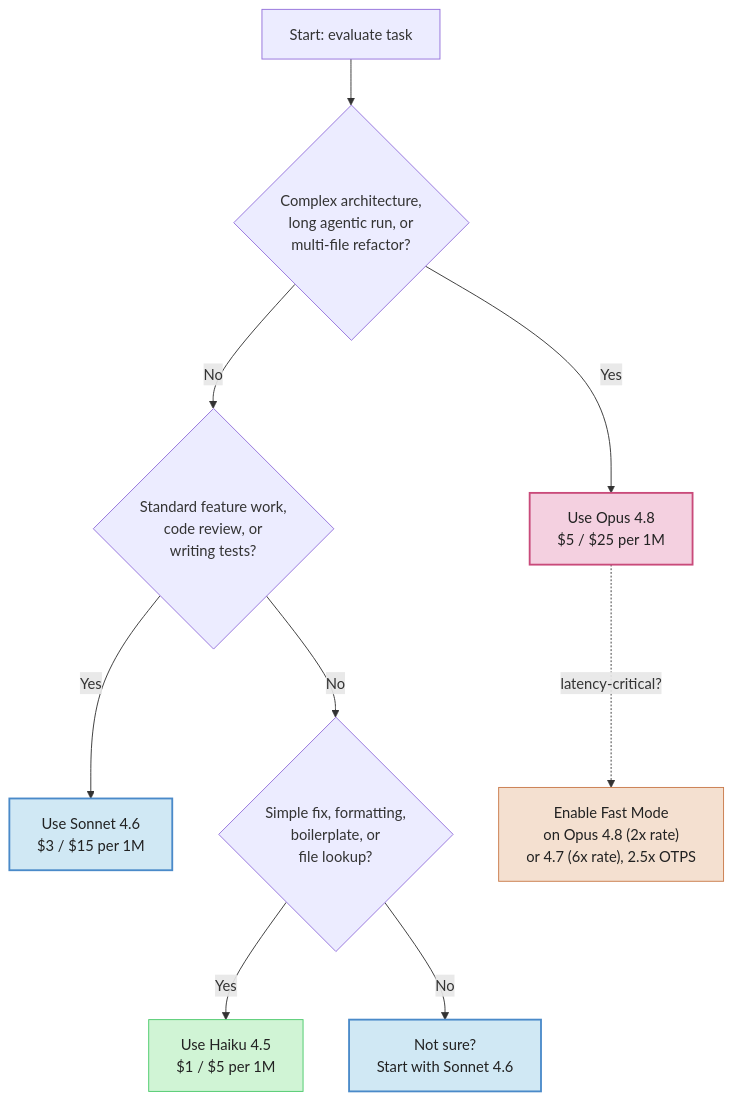
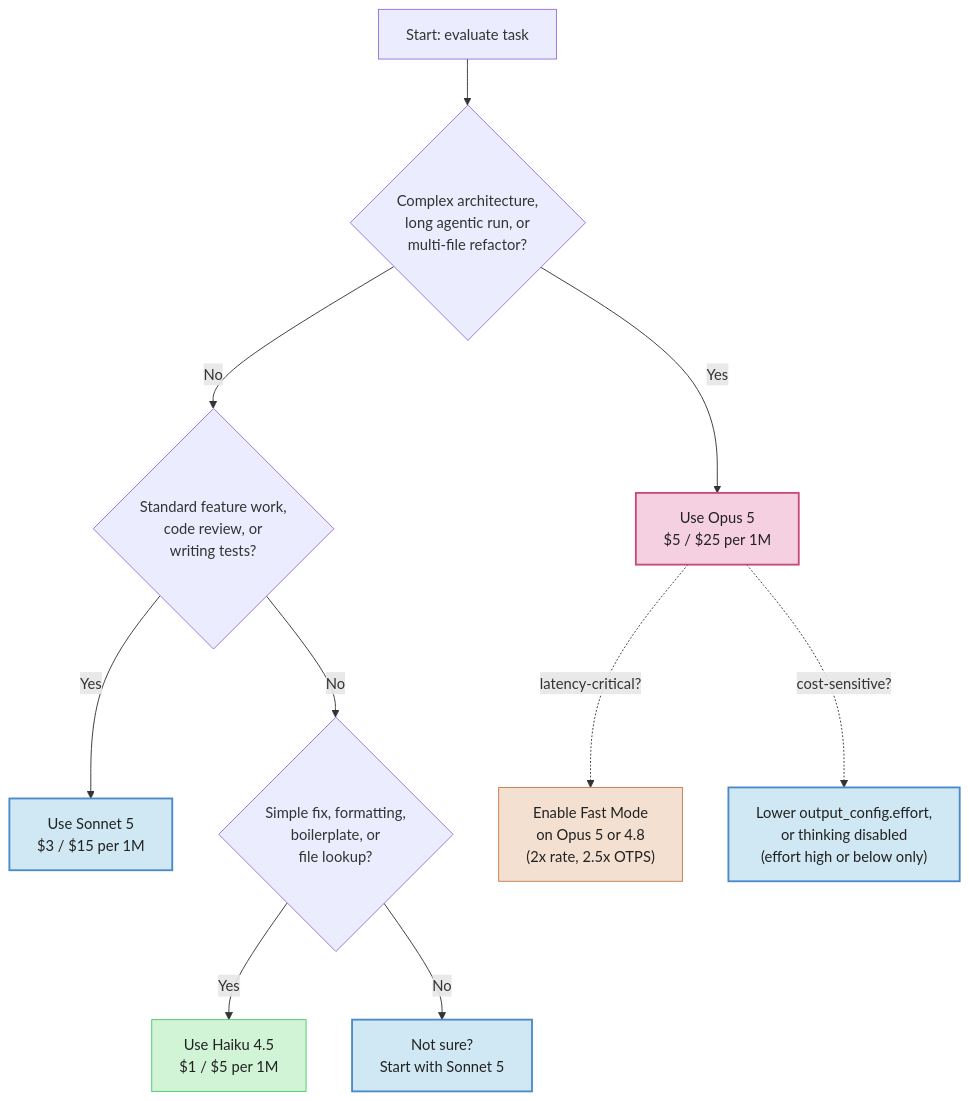
One commit to Sagargupta16/claude-cost-optimizer changed the second of 5 diagrams in guides/diagrams.md. Above: the diagram before and after it, drawn with Mermaid. The commit also changed other lines of this file and 48 other files, not shown here.

````diff
--- a/guides/diagrams.md
+++ b/guides/diagrams.md
@@ -75,22 +81,23 @@
 ```mermaid
 flowchart TD
     A[Start: evaluate task] --> B{"Complex architecture,<br/>long agentic run, or<br/>multi-file refactor?"}
-    B -- Yes --> C["Use Opus 4.8<br/>$5 / $25 per 1M"]
+    B -- Yes --> C["Use Opus 5<br/>$5 / $25 per 1M"]
     B -- No --> D{"Standard feature work,<br/>code review, or<br/>writing tests?"}
-    D -- Yes --> E["Use Sonnet 4.6<br/>$3 / $15 per 1M"]
+    D -- Yes --> E["Use Sonnet 5<br/>$3 / $15 per 1M"]
     D -- No --> F{"Simple fix, formatting,<br/>boilerplate, or<br/>file lookup?"}
     F -- Yes --> G["Use Haiku 4.5<br/>$1 / $5 per 1M"]
-    F -- No --> H["Not sure?<br/>Start with Sonnet 4.6"]
+    F -- No --> H["Not sure?<br/>Start with Sonnet 5"]
 
-    C -. "latency-critical?" .-> C2["Enable Fast Mode<br/>on Opus 4.8 (2x rate)<br/>or 4.7 (6x rate), 2.5x OTPS"]
+    C -. "latency-critical?" .-> C2["Enable Fast Mode<br/>on Opus 5 or 4.8<br/>(2x rate, 2.5x OTPS)"]
+    C -. "cost-sensitive?" .-> C3["Lower output_config.effort,<br/>or thinking disabled<br/>(effort high or below only)"]
 
     classDef flagship fill:#f4d0e0,stroke:#c94a7a,stroke-width:2px,color:#222
     classDef fast fill:#f4e0d0,stroke:#c97a4a,color:#222
     classDef mid fill:#d0e8f4,stroke:#4a8ac9,stroke-width:2px,color:#222
     classDef low fill:#d0f4d5,stroke:#4ac96a,color:#222
 
     class C flagship
     class C2 fast
-    class E,H mid
+    class C3,E,H mid
     class G low
 ```
````
